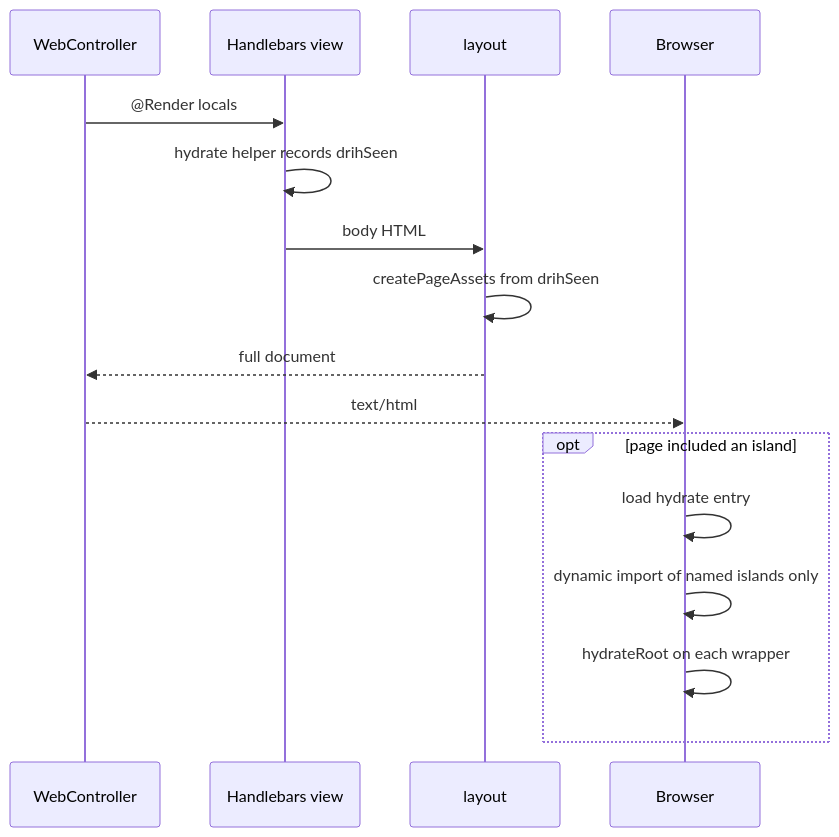
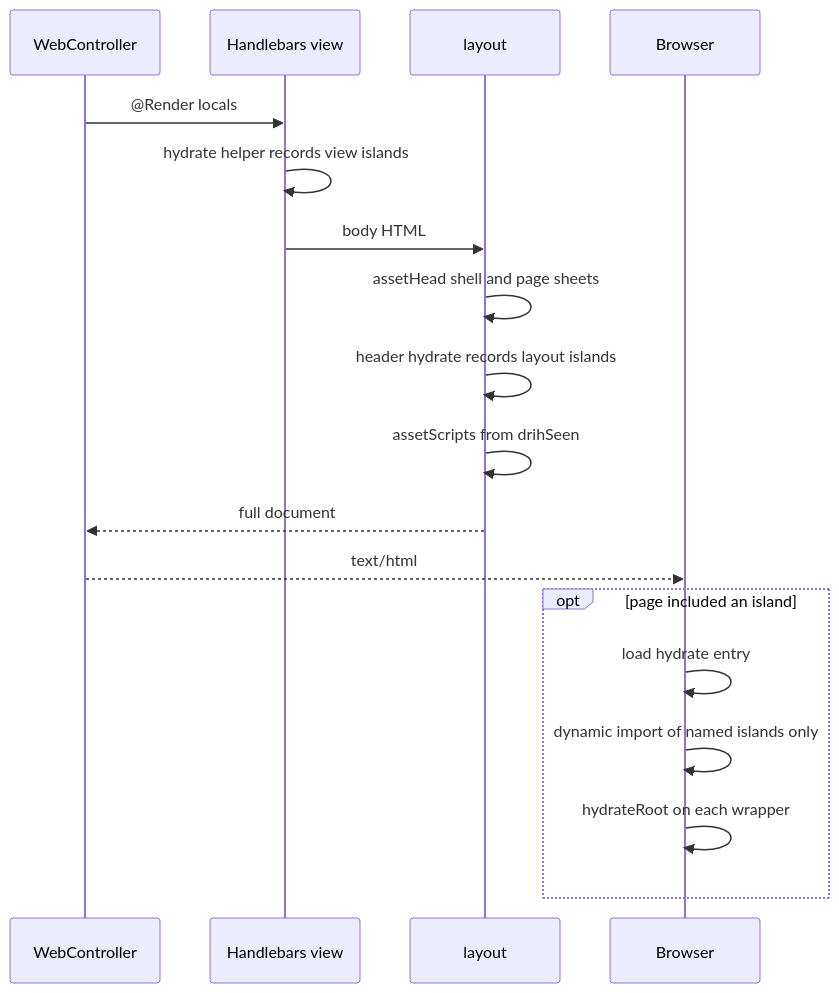
Before and after one commit to isaaclfelix/archipielago: the fifth of 6 diagrams in examples/nestjs/docs/architecture.md, drawn with Mermaid. The commit also changed other lines of this file and 2 other files, not shown here.

Commit message:
fix(web): emit hydrate entry after layout-header islands
Home navigation hydrates in the layout header, after assetHead, so
caching an empty drihSeen omitted the hydrate script and timed out logout e2e.

````diff
--- a/examples/nestjs/docs/architecture.md
+++ b/examples/nestjs/docs/architecture.md
@@ -266,18 +266,20 @@
 ```mermaid
 sequenceDiagram
   participant W as WebController
   participant V as Handlebars view
   participant L as layout
   participant B as Browser
   W->>V: @Render locals
-  V->>V: hydrate helper records drihSeen
+  V->>V: hydrate helper records view islands
   V->>L: body HTML
-  L->>L: createPageAssets from drihSeen
+  L->>L: assetHead shell and page sheets
+  L->>L: header hydrate records layout islands
+  L->>L: assetScripts from drihSeen
   L-->>W: full document
   W-->>B: text/html
   opt page included an island
     B->>B: load hydrate entry
     B->>B: dynamic import of named islands only
     B->>B: hydrateRoot on each wrapper
   end
 ```
````
